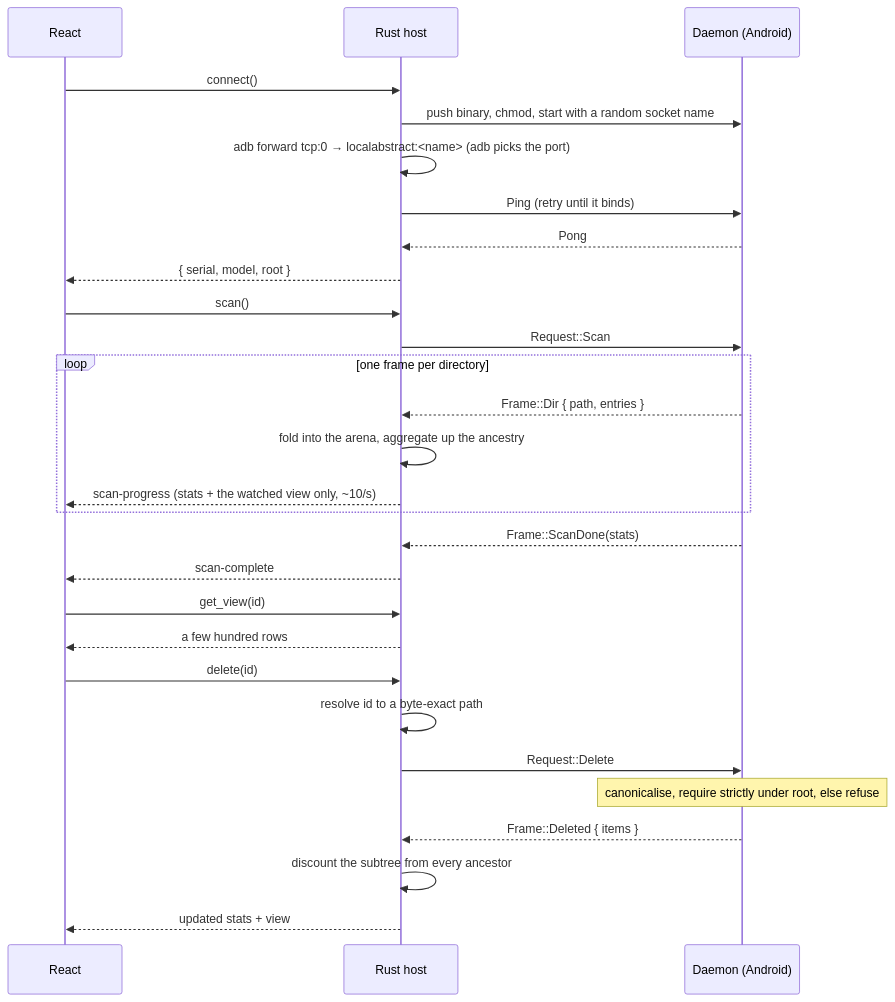
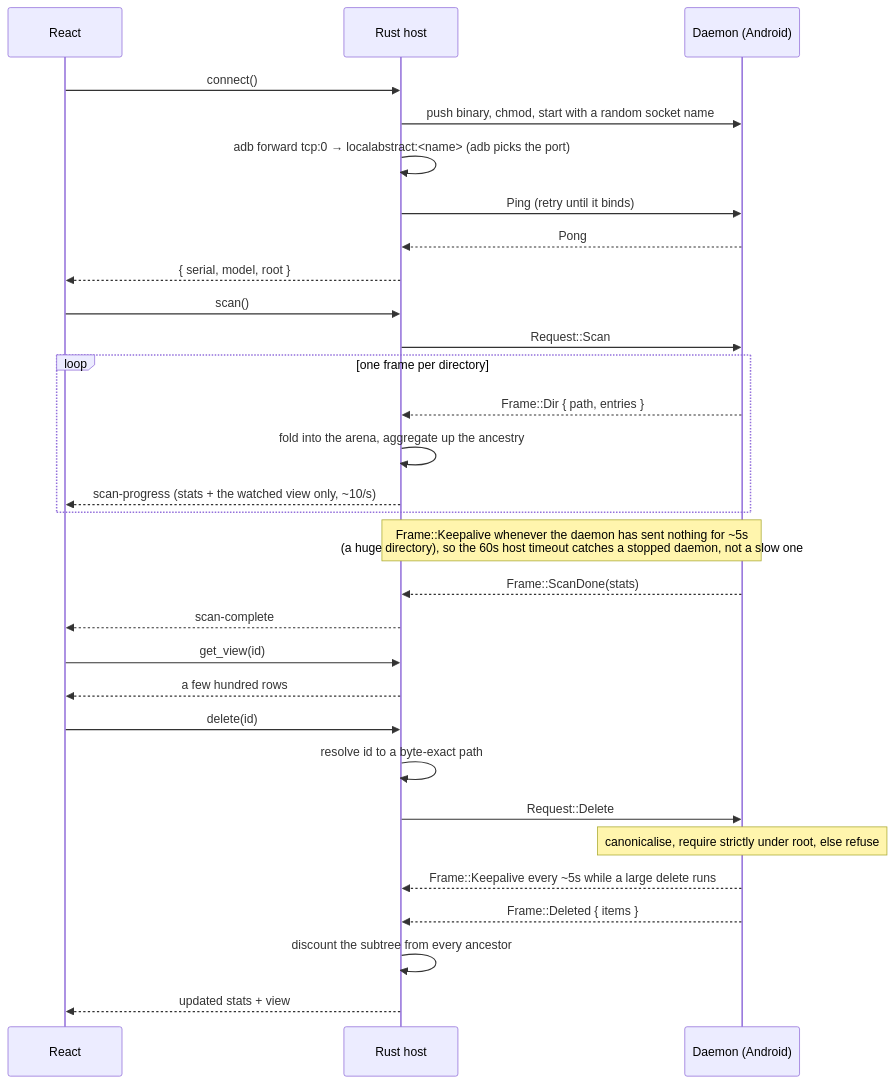
One commit to ksaishanmukh/SocketSweep changed the second of 2 diagrams in README.md. Above: the diagram before and after it, drawn with Mermaid. The commit also changed 9 other files, not shown here.

````diff
--- a/README.md
+++ b/README.md
@@ -185,38 +185,40 @@
 ```mermaid
 sequenceDiagram
     participant U as React
     participant R as Rust host
     participant D as Daemon (Android)
 
     %% Connect
     U->>R: connect()
     R->>D: push binary, chmod, start with a random socket name
     R->>R: adb forward tcp:0 → localabstract:<name> (adb picks the port)
     R->>D: Ping (retry until it binds)
     D-->>R: Pong
     R-->>U: { serial, model, root }
 
     %% Scan — streaming, not one big response
     U->>R: scan()
     R->>D: Request::Scan
     loop one frame per directory
         D-->>R: Frame::Dir { path, entries }
         R->>R: fold into the arena, aggregate up the ancestry
         R-->>U: scan-progress (stats + the watched view only, ~10/s)
     end
+    Note over R,D: Frame::Keepalive whenever the daemon has sent nothing for ~5s<br/>(a huge directory), so the 60s host timeout catches a stopped daemon, not a slow one
     D-->>R: Frame::ScanDone(stats)
     R-->>U: scan-complete
 
     %% Navigate — pull, small
     U->>R: get_view(id)
     R-->>U: a few hundred rows
 
     %% Delete — by id; the daemon is the authority
     U->>R: delete(id)
     R->>R: resolve id to a byte-exact path
     R->>D: Request::Delete
     Note over D: canonicalise, require strictly under root, else refuse
+    D-->>R: Frame::Keepalive every ~5s while a large delete runs
     D-->>R: Frame::Deleted { items }
     R->>R: discount the subtree from every ancestor
     R-->>U: updated stats + view
 ```
````
